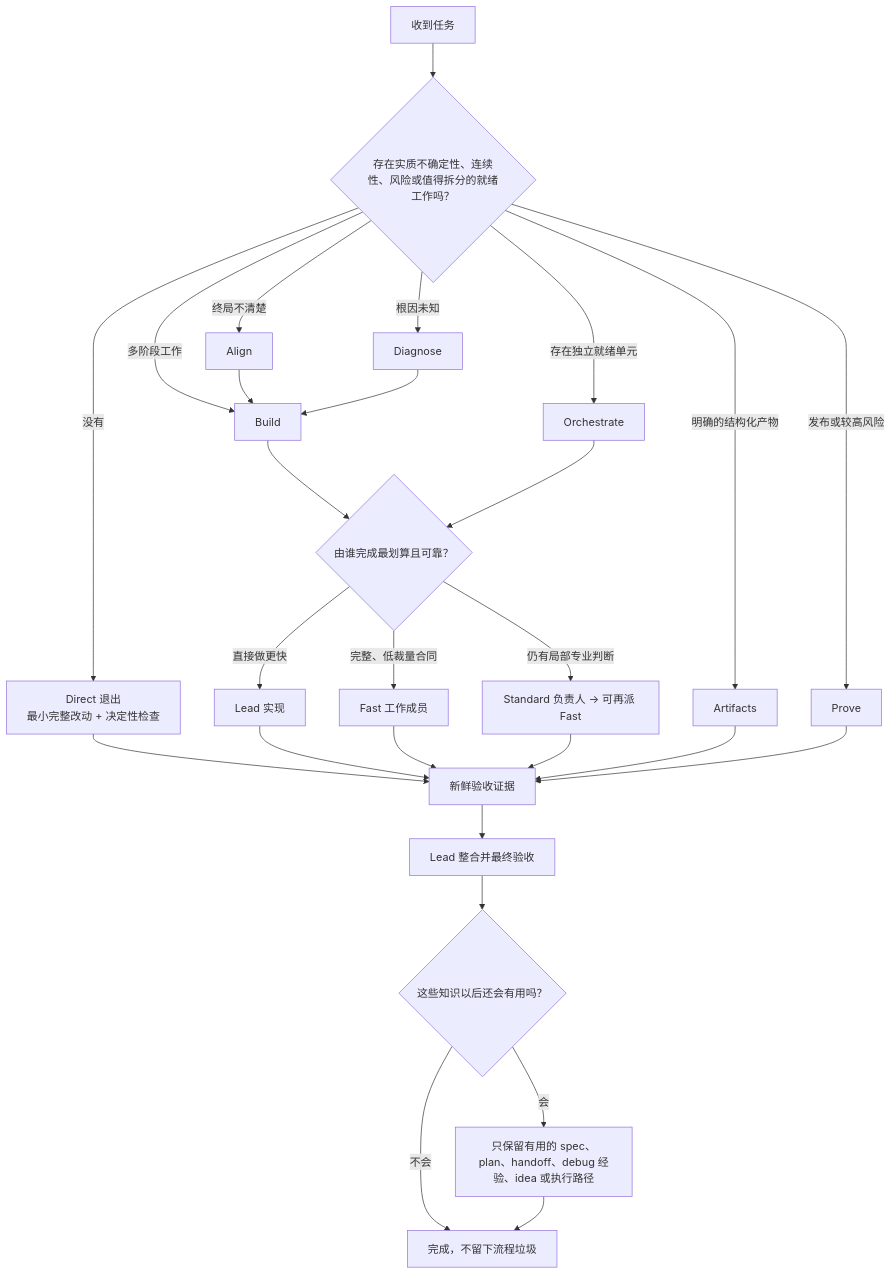
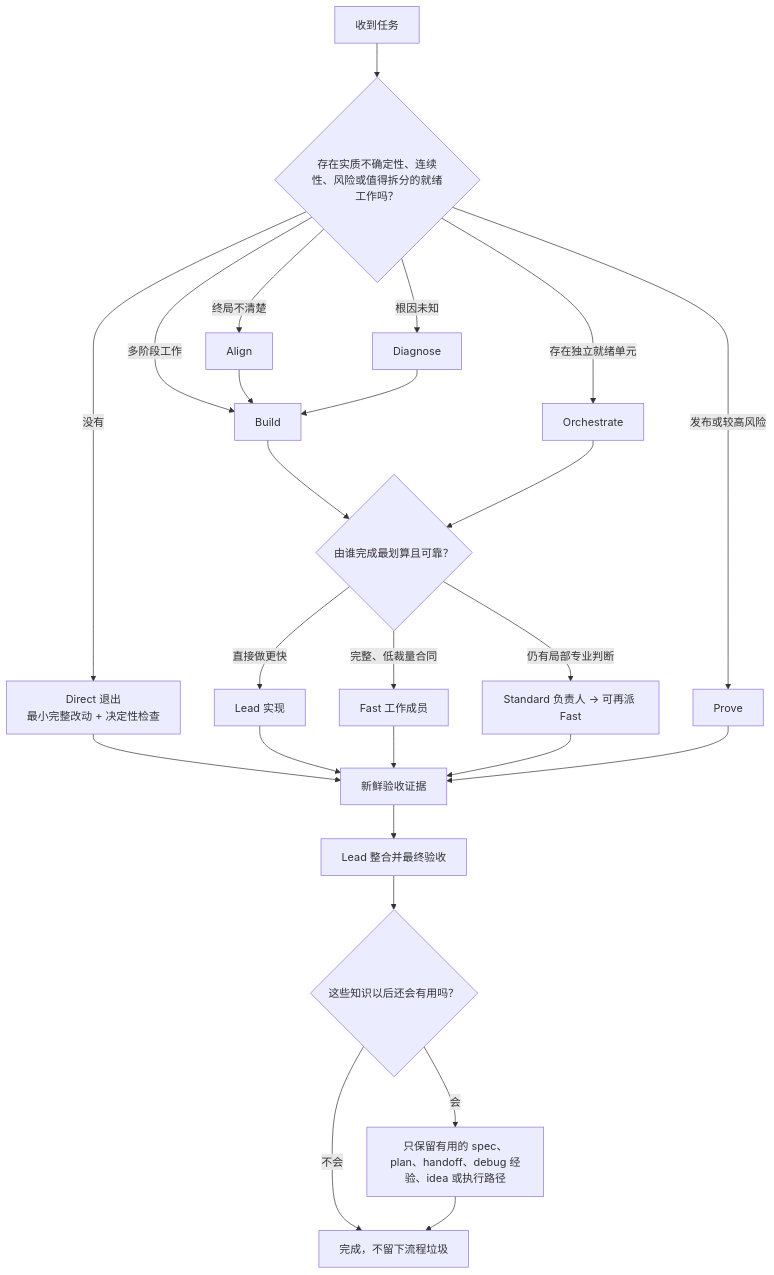
Before and after one commit to blackstone2333/goldilocks: the diagram in README.zh-CN.md, drawn with Mermaid. The commit also changed other lines of this file and 2 other files, not shown here.

````diff
--- a/README.zh-CN.md
+++ b/README.zh-CN.md
@@ -42,29 +41,27 @@
 ```mermaid
 flowchart TD
     A["收到任务"] --> B{"存在实质不确定性、连续性、风险或值得拆分的就绪工作吗？"}
     B -- "没有" --> C["Direct 退出<br/>最小完整改动 + 决定性检查"]
     B -- "终局不清楚" --> D["Align"]
     B -- "根因未知" --> E["Diagnose"]
     B -- "多阶段工作" --> F["Build"]
     B -- "存在独立就绪单元" --> G["Orchestrate"]
     B -- "发布或较高风险" --> H["Prove"]
-    B -- "明确的结构化产物" --> I["Artifacts"]
     D --> F
     E --> F
     F --> J{"由谁完成最划算且可靠？"}
     G --> J
     J -- "直接做更快" --> K["Lead 实现"]
     J -- "完整、低裁量合同" --> L["Fast 工作成员"]
     J -- "仍有局部专业判断" --> M["Standard 负责人 → 可再派 Fast"]
     C --> N["新鲜验收证据"]
     K --> N
     L --> N
     M --> N
-    I --> N
     H --> N
     N --> O["Lead 整合并最终验收"]
     O --> P{"这些知识以后还会有用吗？"}
     P -- "会" --> Q["只保留有用的 spec、plan、handoff、debug 经验、idea 或执行路径"]
     P -- "不会" --> R["完成，不留下流程垃圾"]
     Q --> R
 ```
````
